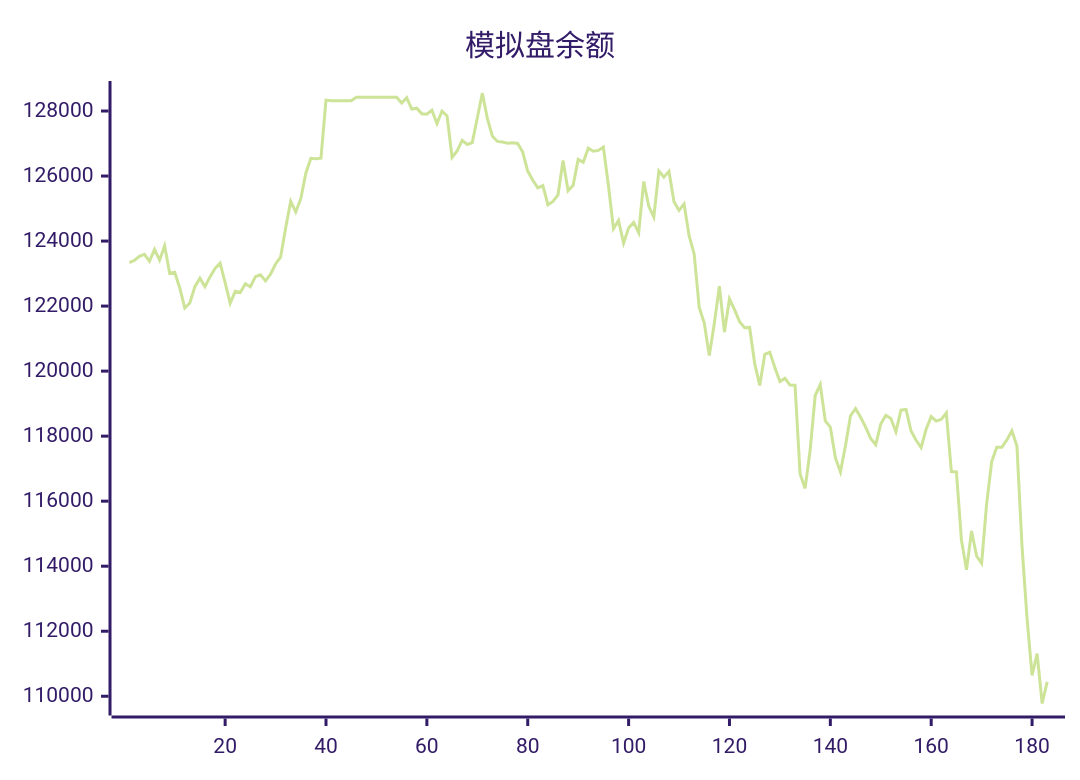
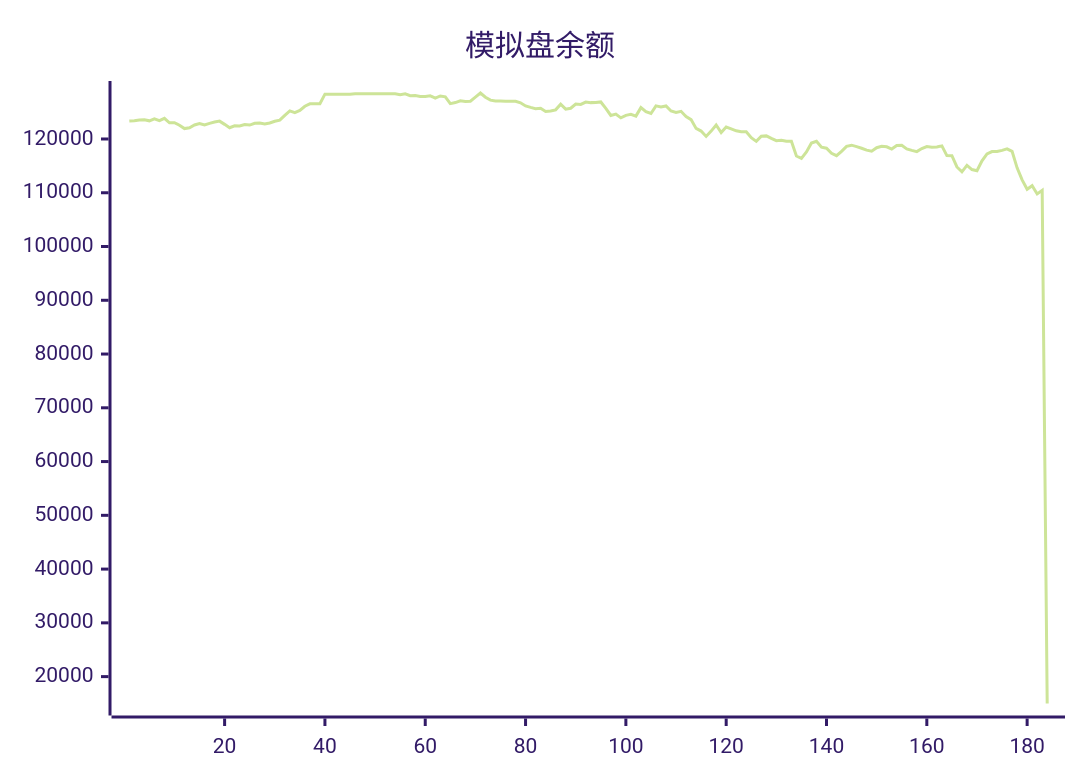
One commit to aahl/ai-trading changed the diagram in README.md. Above: the diagram before and after it, drawn with Mermaid (forest theme). The commit also changed other lines of this file and 1 other file, not shown here.

````diff
--- a/README.md
+++ b/README.md
@@ -5,5 +5,5 @@
 ```mermaid
 xychart
     title "模拟盘余额"
-    line [123338,123402,123530,123592,123378,123745,123413,123853,123009,123040,122557,121938,122095,122599,122856,122597,122898,123160,123319,122719,122087,122454,122416,122685,122592,122907,122961,122776,122981,123295,123507,124403,125224,124894,125303,126088,126544,126534,126549,128335,128318,128318,128318,128318,128318,128424,128424,128424,128424,128424,128424,128424,128424,128424,128247,128412,128062,128087,127917,127901,128026,127611,128000,127850,126572,126770,127100,126971,127029,127783,128554,127765,127224,127064,127044,127009,127025,127004,126738,126152,125871,125635,125707,125117,125217,125420,126480,125545,125715,126511,126424,126856,126764,126788,126890,125710,124381,124632,123936,124402,124574,124256,125833,125070,124739,126154,125966,126145,125213,124943,125143,124157,123604,121959,121476,120476,121470,122610,121201,122221,121889,121522,121332,121344,120232,119559,120513,120577,120108,119680,119777,119572,119568,116839,116392,117573,119250,119585,118469,118277,117338,116897,117706,118628,118849,118579,118280,117926,117735,118373,118639,118544,118136,118798,118819,118162,117874,117649,118215,118601,118463,118517,118713,116911,116899,114798,113887,115084,114313,114091,115934,117221,117658,117658,117883,118164,117693,114632,112403,110644,111313,109777,110444]
+    line [123338,123402,123530,123592,123378,123745,123413,123853,123009,123040,122557,121938,122095,122599,122856,122597,122898,123160,123319,122719,122087,122454,122416,122685,122592,122907,122961,122776,122981,123295,123507,124403,125224,124894,125303,126088,126544,126534,126549,128335,128318,128318,128318,128318,128318,128424,128424,128424,128424,128424,128424,128424,128424,128424,128247,128412,128062,128087,127917,127901,128026,127611,128000,127850,126572,126770,127100,126971,127029,127783,128554,127765,127224,127064,127044,127009,127025,127004,126738,126152,125871,125635,125707,125117,125217,125420,126480,125545,125715,126511,126424,126856,126764,126788,126890,125710,124381,124632,123936,124402,124574,124256,125833,125070,124739,126154,125966,126145,125213,124943,125143,124157,123604,121959,121476,120476,121470,122610,121201,122221,121889,121522,121332,121344,120232,119559,120513,120577,120108,119680,119777,119572,119568,116839,116392,117573,119250,119585,118469,118277,117338,116897,117706,118628,118849,118579,118280,117926,117735,118373,118639,118544,118136,118798,118819,118162,117874,117649,118215,118601,118463,118517,118713,116911,116899,114798,113887,115084,114313,114091,115934,117221,117658,117658,117883,118164,117693,114632,112403,110644,111313,109777,110444,15000]
 ```
````
